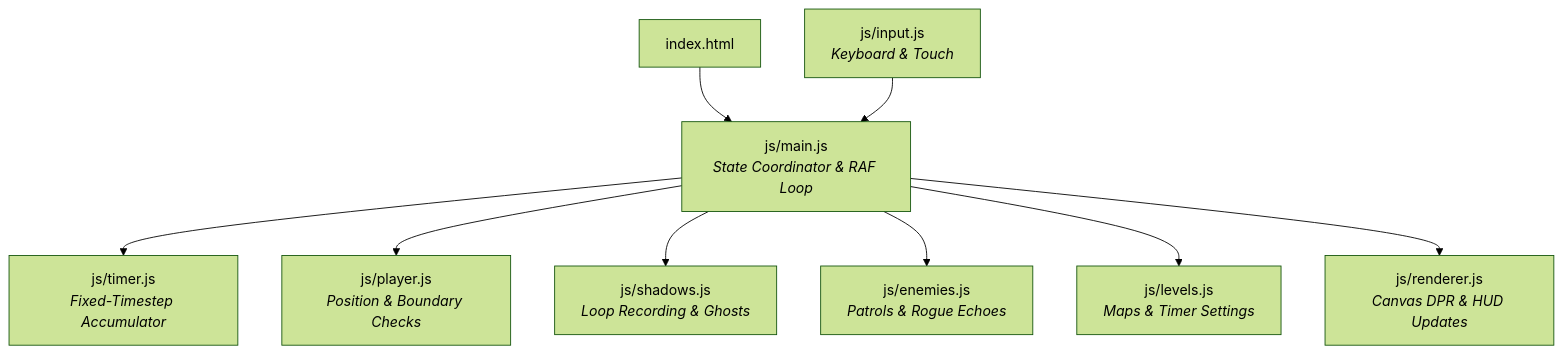
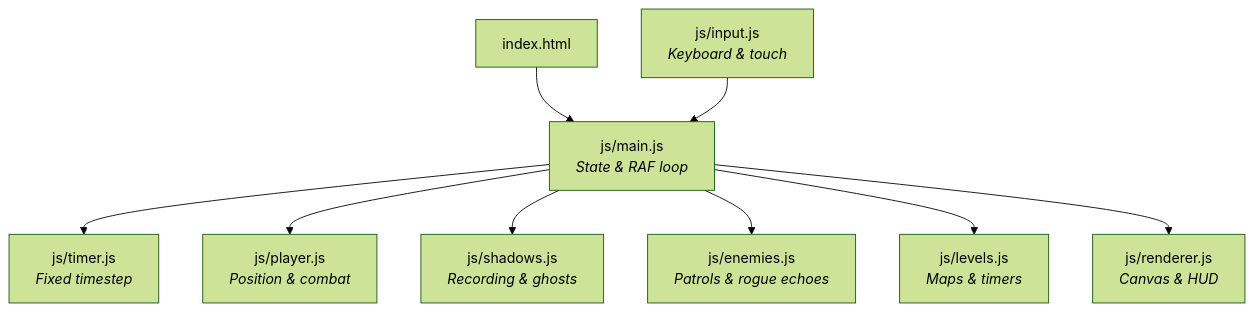
The diagram in README.md (cgupta21/Vestigraid), drawn with Mermaid (forest theme) before and after one commit. The commit also changed other lines of this file, not shown here.

````diff
--- a/README.md
+++ b/README.md
@@ -267,11 +126,11 @@
 ```mermaid
 flowchart TD
-    HTML["index.html"] --> Main["js/main.js<br><i>State Coordinator & RAF Loop</i>"]
-    Input["js/input.js<br><i>Keyboard & Touch</i>"] --> Main
-    Main --> Timer["js/timer.js<br><i>Fixed-Timestep Accumulator</i>"]
-    Main --> Player["js/player.js<br><i>Position & Boundary Checks</i>"]
-    Main --> Shadows["js/shadows.js<br><i>Loop Recording & Ghosts</i>"]
-    Main --> Enemies["js/enemies.js<br><i>Patrols & Rogue Echoes</i>"]
-    Main --> Levels["js/levels.js<br><i>Maps & Timer Settings</i>"]
-    Main --> Renderer["js/renderer.js<br><i>Canvas DPR & HUD Updates</i>"]
+    HTML["index.html"] --> Main["js/main.js<br><i>State & RAF loop</i>"]
+    Input["js/input.js<br><i>Keyboard & touch</i>"] --> Main
+    Main --> Timer["js/timer.js<br><i>Fixed timestep</i>"]
+    Main --> Player["js/player.js<br><i>Position & combat</i>"]
+    Main --> Shadows["js/shadows.js<br><i>Recording & ghosts</i>"]
+    Main --> Enemies["js/enemies.js<br><i>Patrols & rogue echoes</i>"]
+    Main --> Levels["js/levels.js<br><i>Maps & timers</i>"]
+    Main --> Renderer["js/renderer.js<br><i>Canvas & HUD</i>"]
 ```
````
